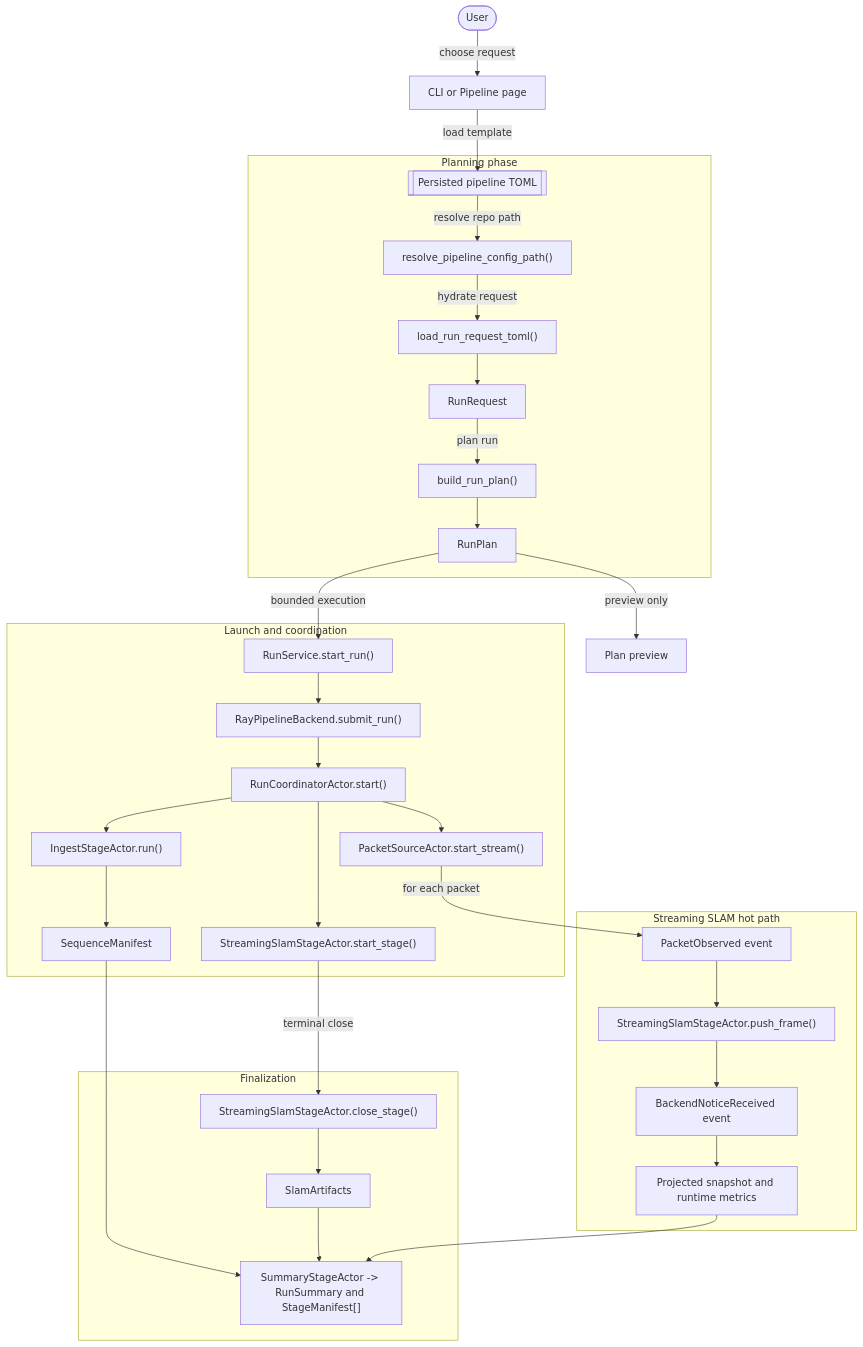
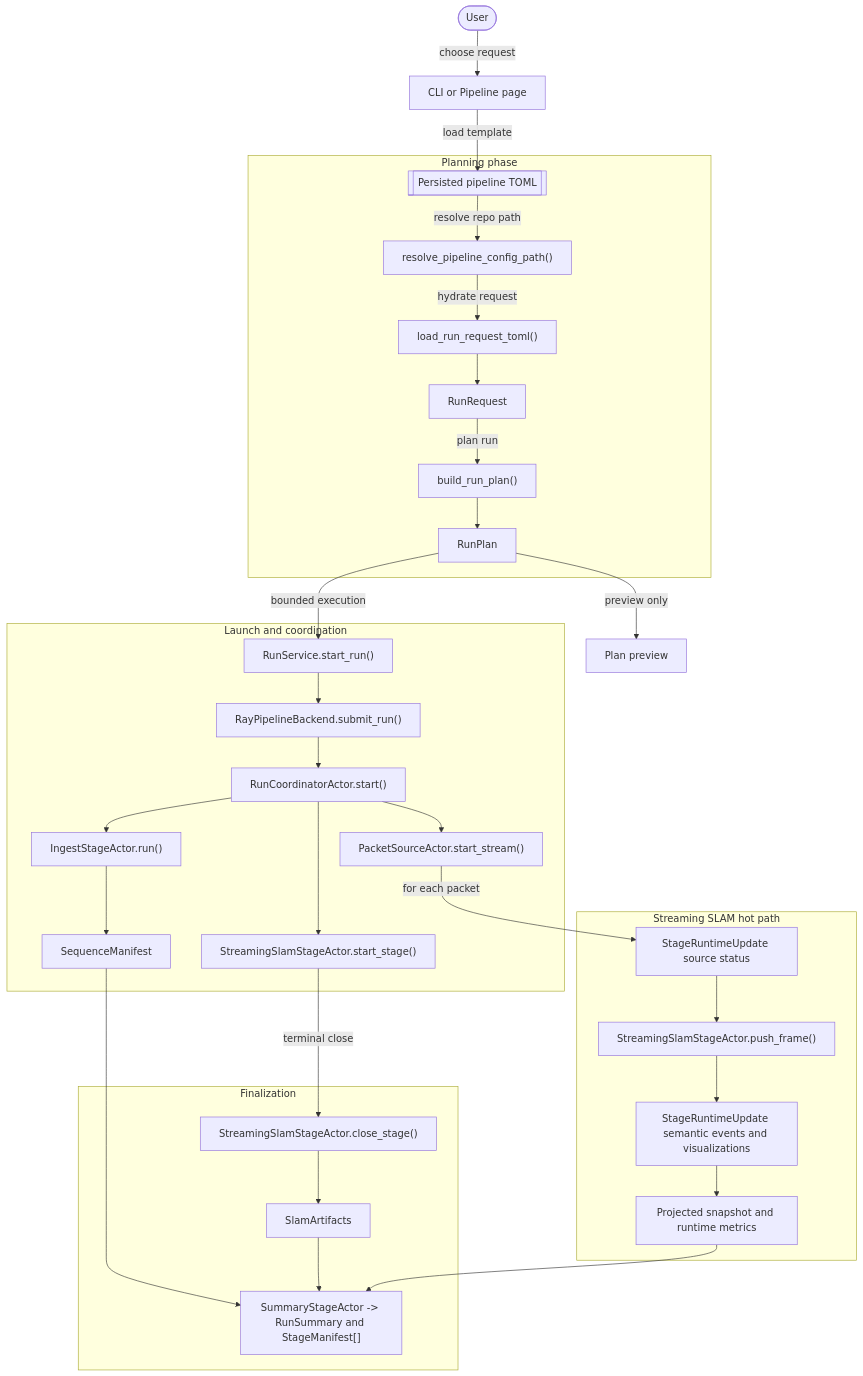
One commit to JanDuchscherer104/prml-vslam changed the diagram in docs/figures/mermaid/mermaid_pipeline_request_flow.mmd. Above: the diagram before and after it, drawn with Mermaid. The commit also changed 65 other files, not shown here.

```diff
--- a/docs/figures/mermaid/mermaid_pipeline_request_flow.mmd
+++ b/docs/figures/mermaid/mermaid_pipeline_request_flow.mmd
@@ -1,64 +1,64 @@
 flowchart TD
     user(["User"])
     surface["CLI or Pipeline page"]
     preview["Plan preview"]
 
     subgraph planning["Planning phase"]
         toml[["Persisted pipeline TOML"]]
         load["load_run_request_toml()"]
         request["RunRequest"]
         paths["resolve_pipeline_config_path()"]
         planner["build_run_plan()"]
         plan["RunPlan"]
     end
 
     subgraph launch["Launch and coordination"]
         runsvc["RunService.start_run()"]
         backend["RayPipelineBackend.submit_run()"]
         coord["RunCoordinatorActor.start()"]
         ingest["IngestStageActor.run()"]
         manifest["SequenceManifest"]
         source["PacketSourceActor.start_stream()"]
         slam_start["StreamingSlamStageActor.start_stage()"]
     end
 
     subgraph hotpath["Streaming SLAM hot path"]
-        frame["PacketObserved event"]
+        frame["StageRuntimeUpdate source status"]
         step["StreamingSlamStageActor.push_frame()"]
-        update["BackendNoticeReceived event"]
+        update["StageRuntimeUpdate semantic events and visualizations"]
         snapshot["Projected snapshot and runtime metrics"]
     end
 
     subgraph finalize["Finalization"]
         close["StreamingSlamStageActor.close_stage()"]
         artifacts["SlamArtifacts"]
         summary["SummaryStageActor -> RunSummary and StageManifest[]"]
     end
 
     user -->|"choose request"| surface
     surface -->|"load template"| toml
     toml -->|"resolve repo path"| paths
     paths -->|"hydrate request"| load
     load --> request
     request -->|"plan run"| planner
     planner --> plan
     plan -->|"preview only"| preview
     plan -->|"bounded execution"| runsvc
 
     runsvc --> backend
     backend --> coord
     coord --> ingest
     ingest --> manifest
     coord --> source
     coord --> slam_start
 
     source -->|"for each packet"| frame
     frame --> step
     step --> update
     update --> snapshot
 
     slam_start -->|"terminal close"| close
     close --> artifacts
     manifest --> summary
     artifacts --> summary
     snapshot --> summary
```
